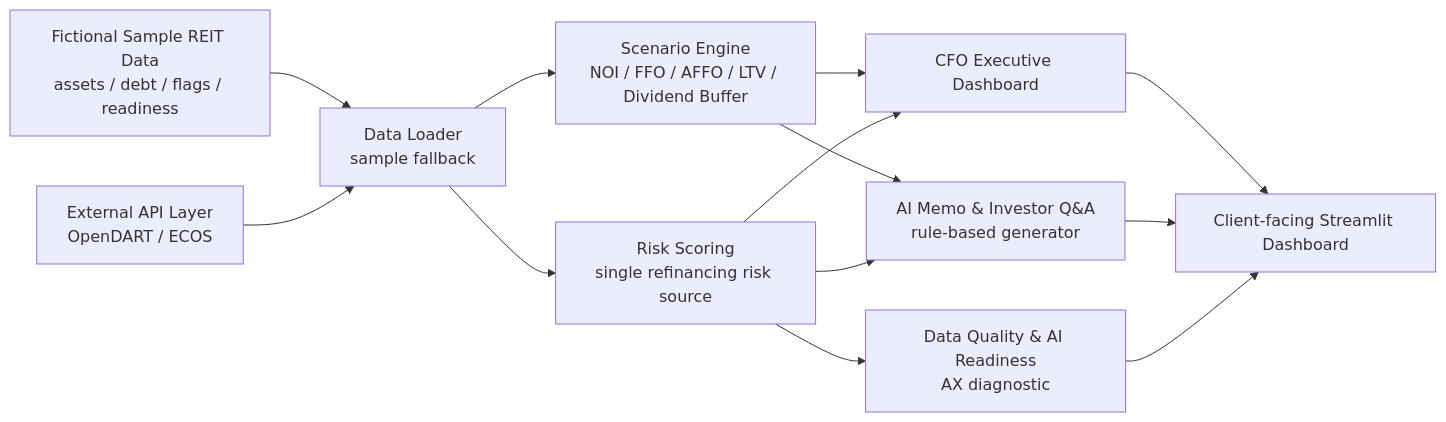
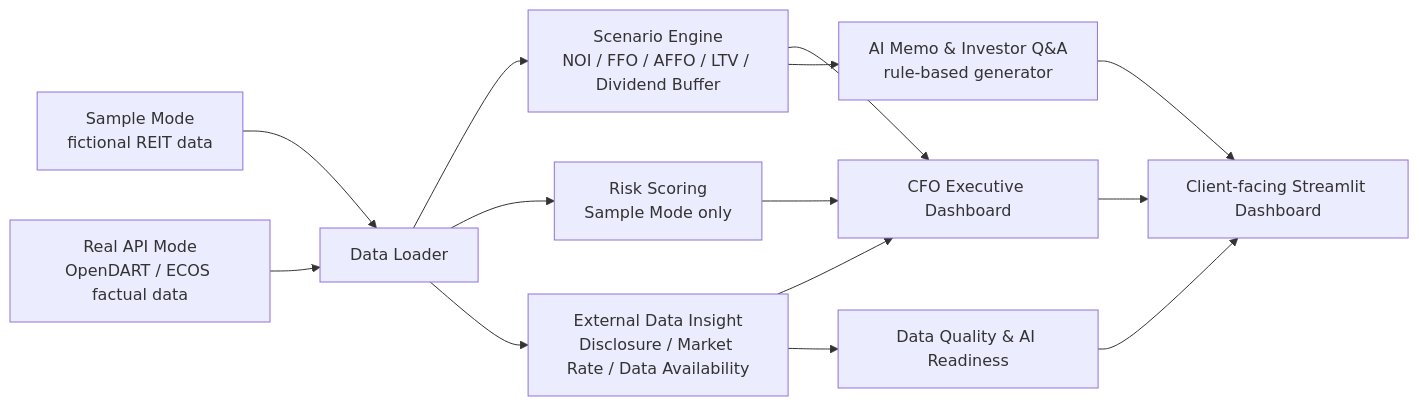
One commit to hahnjune0118/k-reit-cfo-copilot changed the diagram in README.md. Above: the diagram before and after it, drawn with Mermaid. The commit also changed other lines of this file and 16 other files, not shown here.

Commit message:
Stabilize v10 real API insight layer

````diff
--- a/README.md
+++ b/README.md
@@ -51,15 +43,16 @@
 ```mermaid
 flowchart LR
-    A["Fictional Sample REIT Data<br/>assets / debt / flags / readiness"] --> B["Data Loader<br/>sample fallback"]
-    X["External API Layer<br/>OpenDART / ECOS"] --> B
-    B --> C["Scenario Engine<br/>NOI / FFO / AFFO / LTV / Dividend Buffer"]
-    B --> D["Risk Scoring<br/>single refinancing risk source"]
-    C --> E["CFO Executive Dashboard"]
-    D --> E
-    C --> F["AI Memo & Investor Q&A<br/>rule-based generator"]
-    D --> F
-    D --> G["Data Quality & AI Readiness<br/>AX diagnostic"]
-    E --> H["Client-facing Streamlit Dashboard"]
-    F --> H
-    G --> H
+    A["Sample Mode<br/>fictional REIT data"] --> C["Data Loader"]
+    B["Real API Mode<br/>OpenDART / ECOS factual data"] --> C
+    C --> D["Scenario Engine<br/>NOI / FFO / AFFO / LTV / Dividend Buffer"]
+    C --> E["Risk Scoring<br/>Sample Mode only"]
+    C --> F["External Data Insight<br/>Disclosure / Market Rate / Data Availability"]
+    D --> G["CFO Executive Dashboard"]
+    E --> G
+    F --> G
+    D --> H["AI Memo & Investor Q&A<br/>rule-based generator"]
+    F --> I["Data Quality & AI Readiness"]
+    G --> J["Client-facing Streamlit Dashboard"]
+    H --> J
+    I --> J
 ```
````
